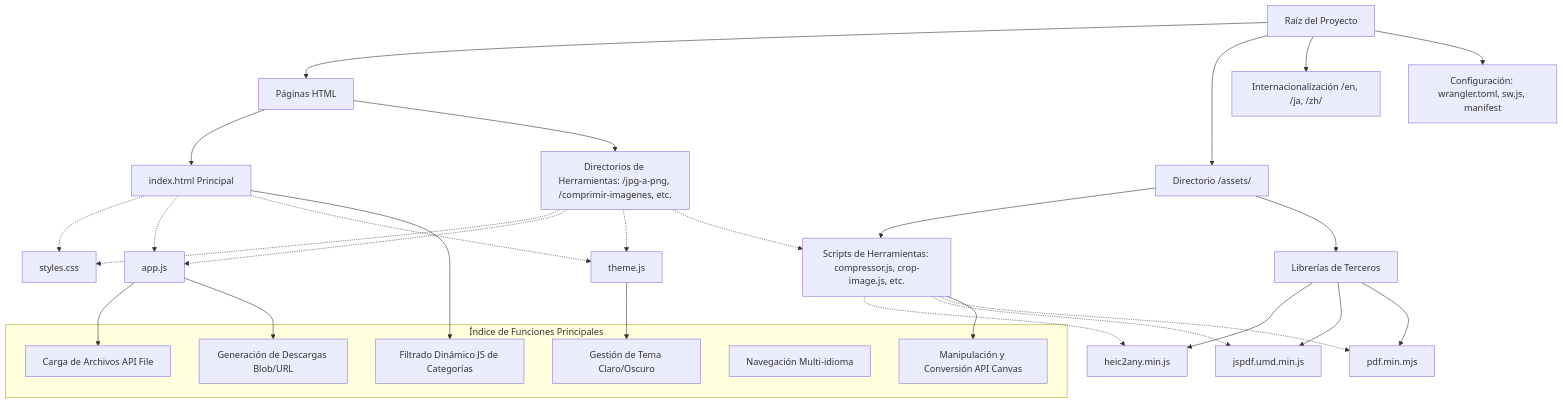
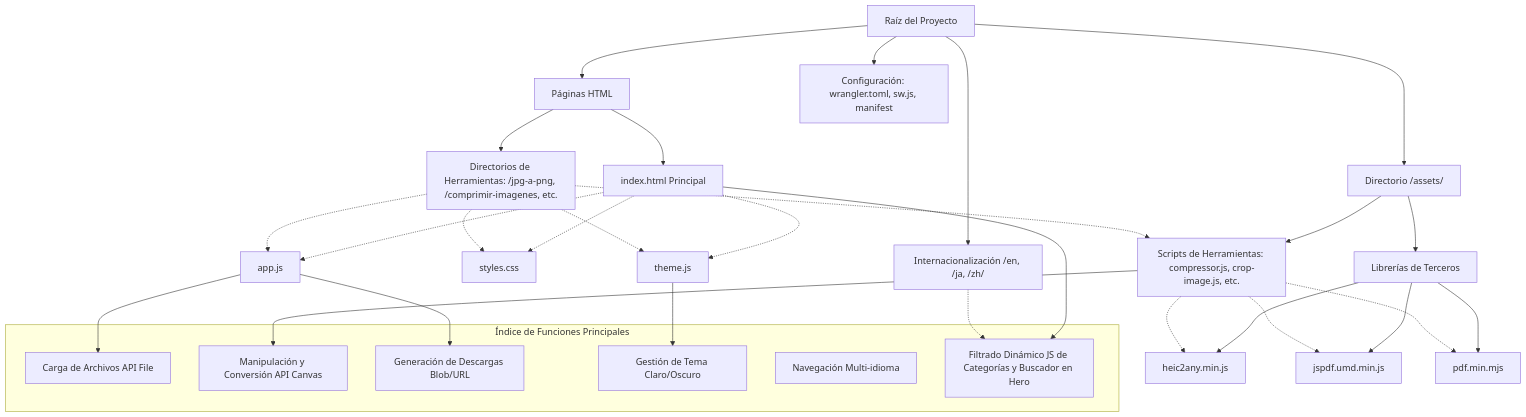
Before and after one commit to EmmanuelTejedaTejeda/converter: the diagram in Grafo_Converter.md, drawn with Mermaid. The commit also changed 6 other files, not shown here.

````diff
--- a/Grafo_Converter.md
+++ b/Grafo_Converter.md
@@ -3,52 +3,53 @@
 ```mermaid
 graph TD
     %% Nodos principales
     Root[Raíz del Proyecto] --> HTML_Pages[Páginas HTML]
     Root --> Assets[Directorio /assets/]
     Root --> Locales[Internacionalización /en, /ja, /zh/]
     Root --> Config[Configuración: wrangler.toml, sw.js, manifest]
 
     %% Páginas y Herramientas
     HTML_Pages --> Index[index.html Principal]
     HTML_Pages --> ToolsDirs[Directorios de Herramientas: /jpg-a-png, /comprimir-imagenes, etc.]
     
     %% Relación de assets a páginas
     Index -.-> Styles[styles.css]
     Index -.-> AppJS[app.js]
     Index -.-> ThemeJS[theme.js]
     
     ToolsDirs -.-> Styles
     ToolsDirs -.-> AppJS
     ToolsDirs -.-> ThemeJS
 
     %% Lógica de Herramientas en /assets/
     Assets --> ToolScripts[Scripts de Herramientas: compressor.js, crop-image.js, etc.]
     ToolsDirs -.-> ToolScripts
 
     %% Dependencias de Librerías
     Assets --> Libs[Librerías de Terceros]
     Libs --> Heic2Any[heic2any.min.js]
     Libs --> JsPDF[jspdf.umd.min.js]
     Libs --> PDFjs[pdf.min.mjs]
 
     %% Flujos de dependencia
     ToolScripts -.-> Heic2Any
     ToolScripts -.-> JsPDF
     ToolScripts -.-> PDFjs
 
     %% Índice de Funciones (Lógico)
     subgraph Índice de Funciones Principales
         F_Load[Carga de Archivos API File]
         F_Canvas[Manipulación y Conversión API Canvas]
         F_Download[Generación de Descargas Blob/URL]
         F_Theme[Gestión de Tema Claro/Oscuro]
         F_I18n[Navegación Multi-idioma]
-        F_Filter[Filtrado Dinámico JS de Categorías]
+        F_Filter[Filtrado Dinámico JS de Categorías y Buscador en Hero]
     end
     
     AppJS --> F_Load
     AppJS --> F_Download
     ThemeJS --> F_Theme
     ToolScripts --> F_Canvas
     Index --> F_Filter
+    Locales -.-> F_Filter
 ```
````
